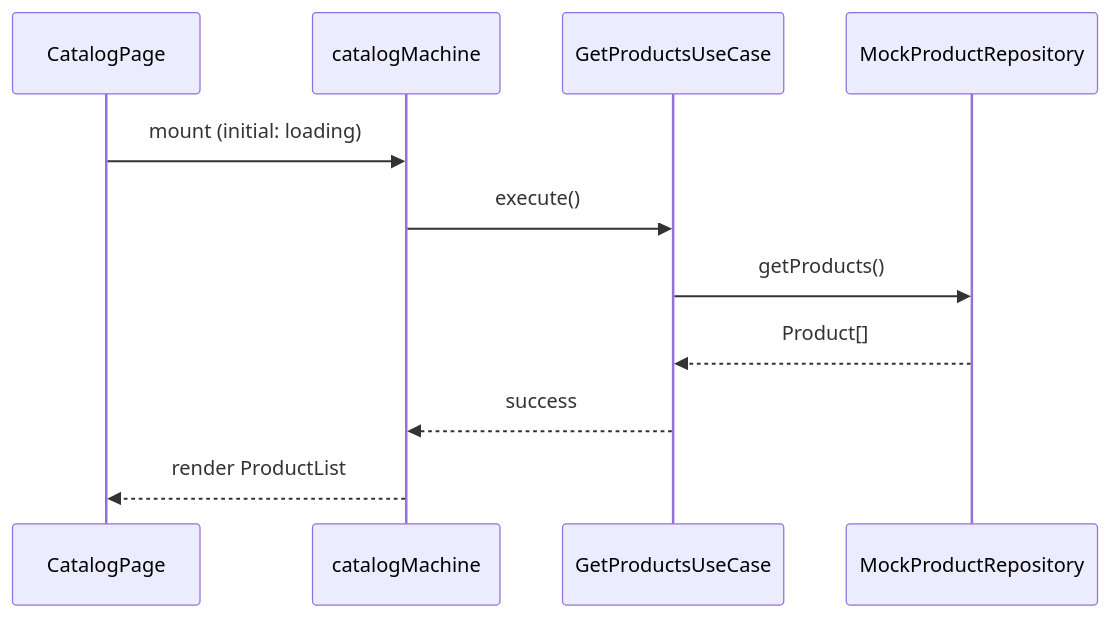
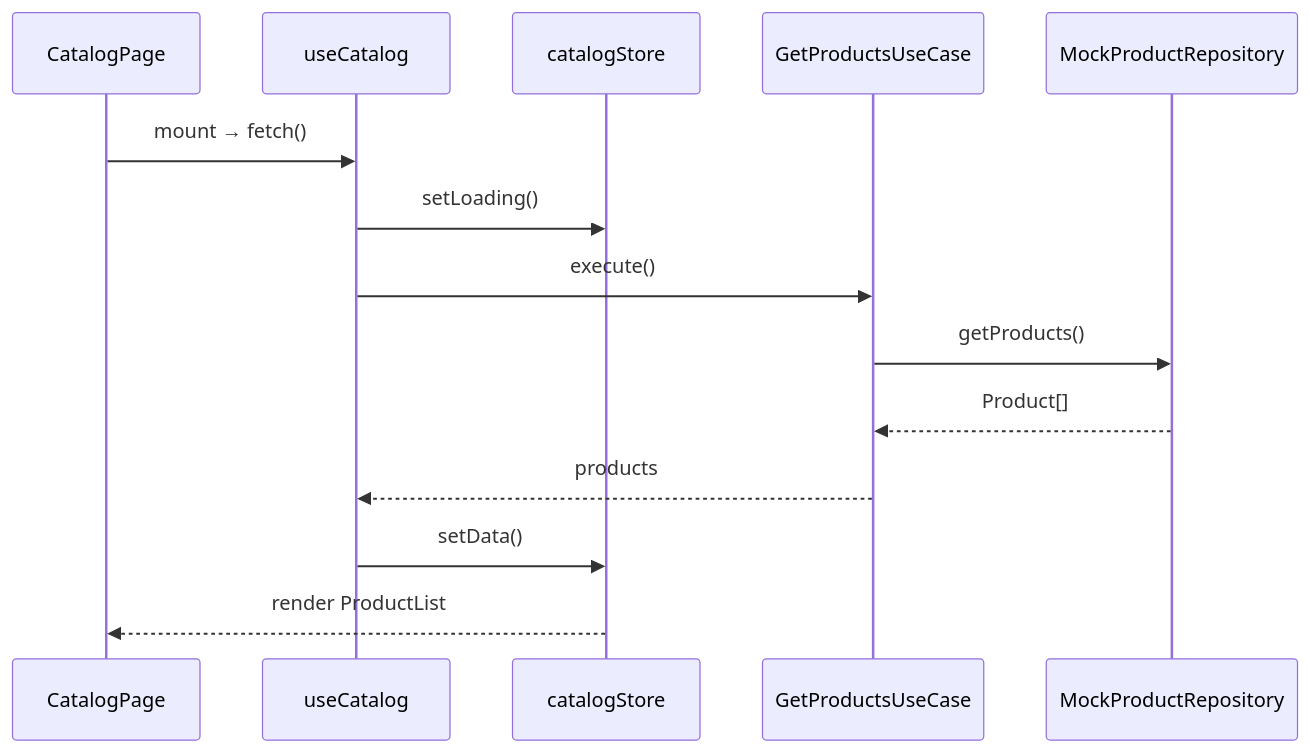
One commit to Maximuson/ddd-store-example changed the third of 4 diagrams in ARCHITECTURE.md. Above: the diagram before and after it, drawn with Mermaid. The commit also changed other lines of this file and 37 other files, not shown here.

````diff
--- a/ARCHITECTURE.md
+++ b/ARCHITECTURE.md
@@ -108,14 +108,17 @@
 ```mermaid
 sequenceDiagram
   participant Page as CatalogPage
-  participant Machine as catalogMachine
+  participant Hook as useCatalog
+  participant Store as catalogStore
   participant UC as GetProductsUseCase
   participant Repo as MockProductRepository
 
-  Page->>Machine: mount (initial: loading)
-  Machine->>UC: execute()
+  Page->>Hook: mount → fetch()
+  Hook->>Store: setLoading()
+  Hook->>UC: execute()
   UC->>Repo: getProducts()
   Repo-->>UC: Product[]
-  UC-->>Machine: success
-  Machine-->>Page: render ProductList
+  UC-->>Hook: products
+  Hook->>Store: setData()
+  Store-->>Page: render ProductList
 ```
````
